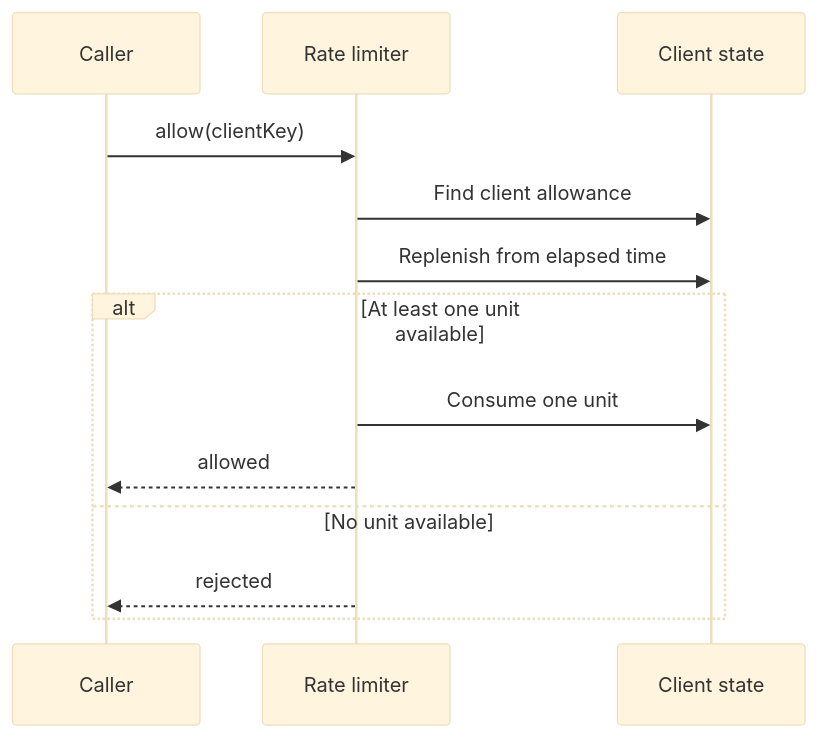
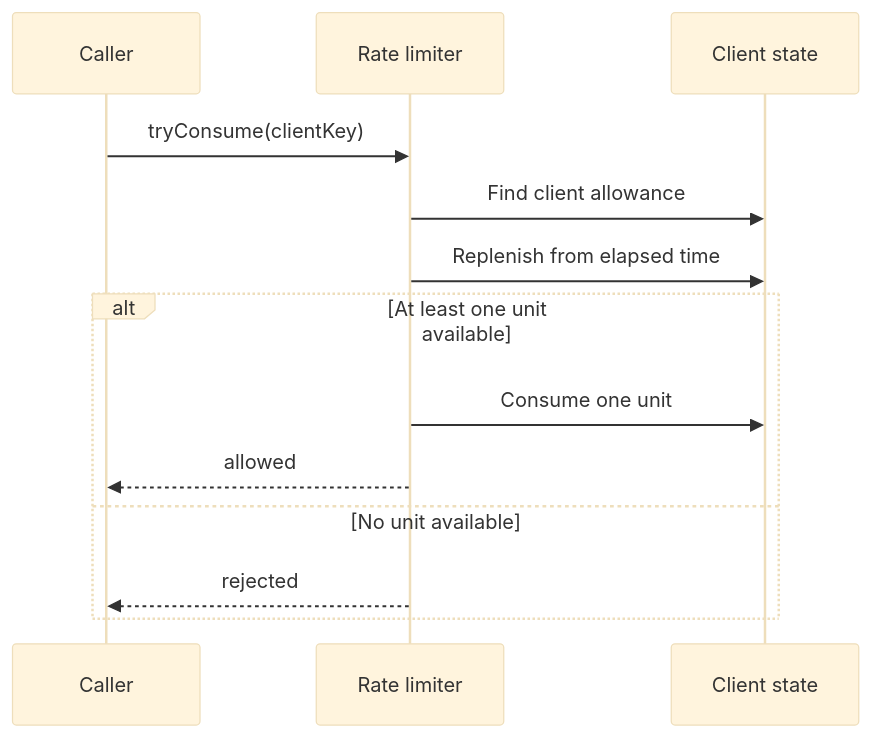
The diagram in src/main/java/org/example/backend_fundamentals/low_level_design/case_studies/rate_limiter/design/index.md (aristrader/SDE-2-Mastery), drawn with Mermaid (base theme) before and after one commit. The commit also changed other lines of this file and 2 other files, not shown here.

Commit message:
docs: explain rate limiter refill strategies

````diff
--- a/src/main/java/org/example/backend_fundamentals/low_level_design/case_studies/rate_limiter/design/index.md
+++ b/src/main/java/org/example/backend_fundamentals/low_level_design/case_studies/rate_limiter/design/index.md
@@ -20,16 +20,16 @@
 ```mermaid
 sequenceDiagram
     participant Caller
     participant Limiter as Rate limiter
     participant State as Client state
 
-    Caller->>Limiter: allow(clientKey)
+    Caller->>Limiter: tryConsume(clientKey)
     Limiter->>State: Find client allowance
     Limiter->>State: Replenish from elapsed time
     alt At least one unit available
         Limiter->>State: Consume one unit
         Limiter-->>Caller: allowed
     else No unit available
         Limiter-->>Caller: rejected
     end
 ```
````
